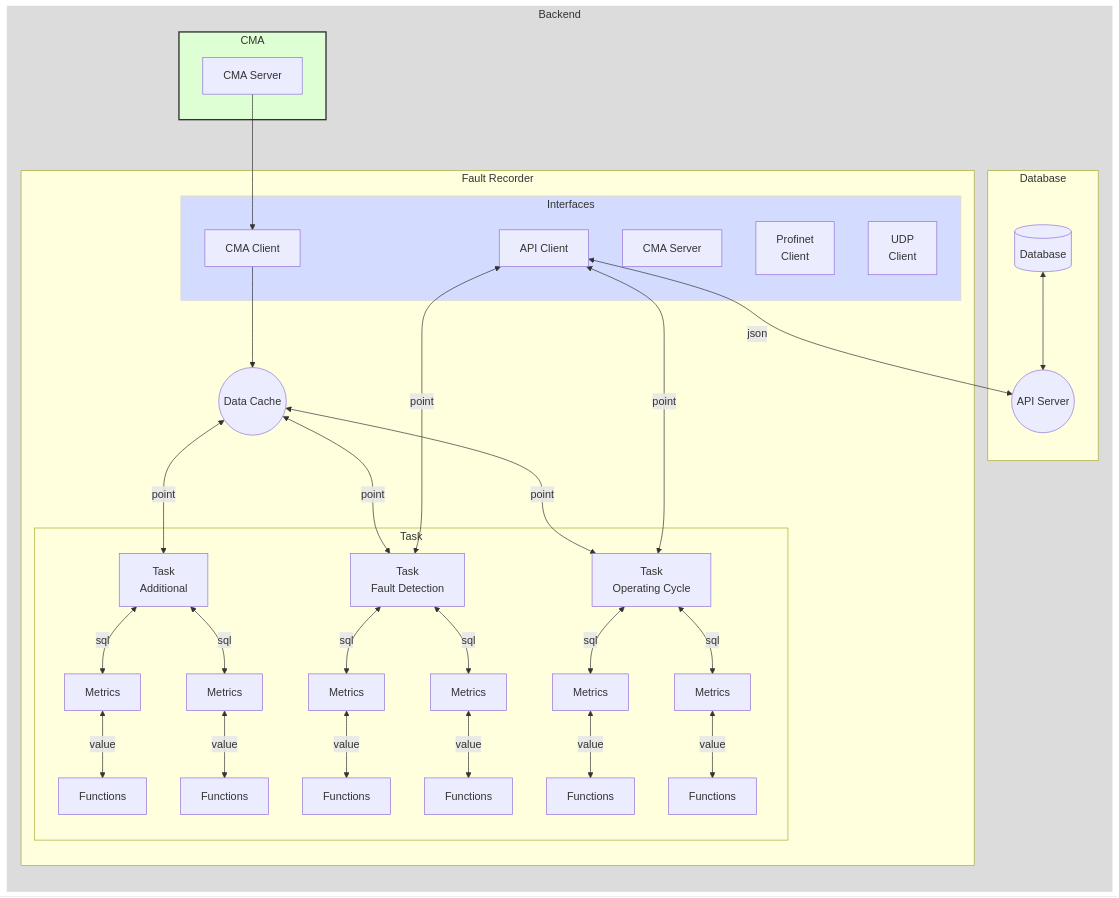
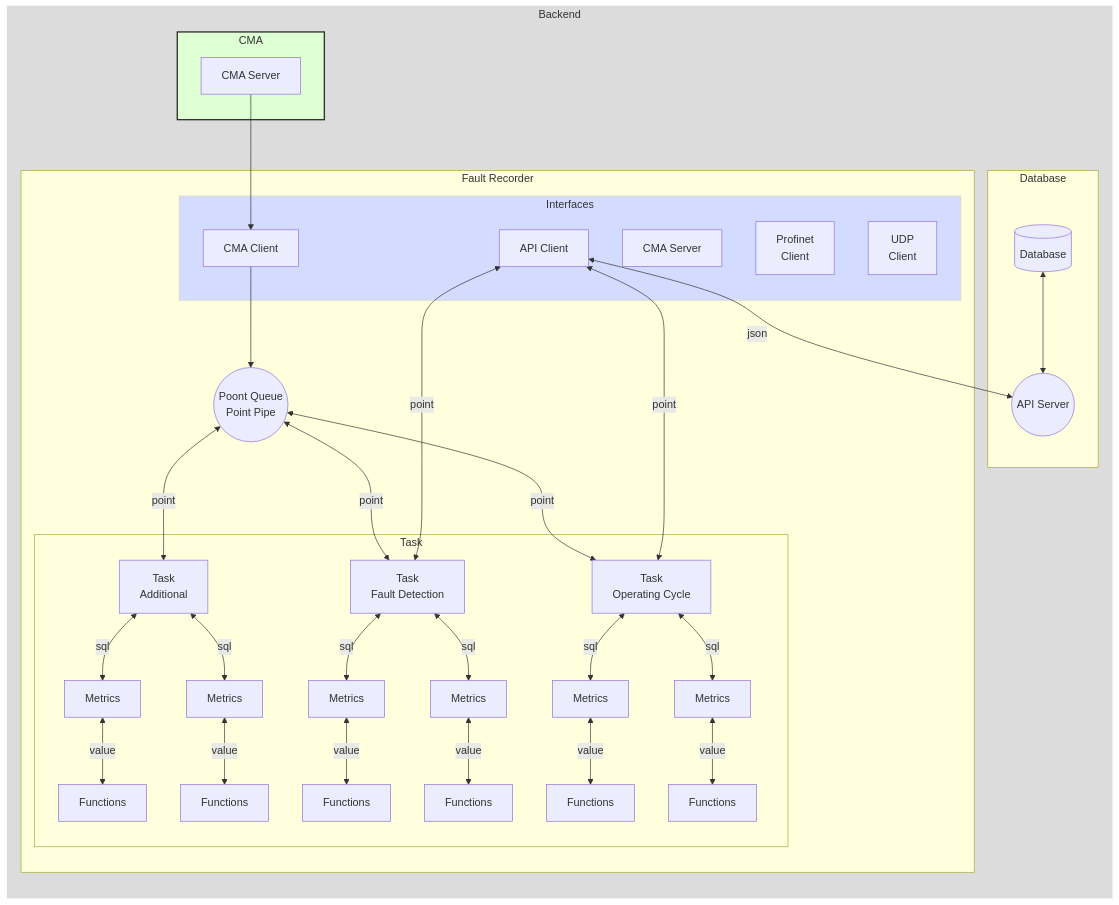
One commit to a-givertzman/fr-service changed the diagram in readme.md. Above: the diagram before and after it, drawn with Mermaid.

````diff
--- a/readme.md
+++ b/readme.md
@@ -25,74 +25,74 @@
 ```mermaid
 flowchart LR;
     subgraph Backend
         subgraph CMA
             cmaServer[CMA Server];
         end
 
         subgraph Database
             apiServer((API Server</p>));
             db[(Database)];
         end
 
         subgraph FaultRecorder[Fault Recorder]
             subgraph Interfaces
                 cmaServerRust[CMA Server];
                 cmaClient[CMA Client];
                 apiClient[API Client];
                 profinetClient[Profinet<br>Client];
                 udtClient[UDP<br>Client];
             end
 
-            dataCache((" Data Cache"));
+            dataCache(("Poont Queue<br>Point Pipe"));
             subgraph Task
                 task1[Task<br>Operating Cycle];
                 task2[Task<br>Fault Detection];
                 task3[Task<br>Additional];
                 faultDetectionMetrics1[Metrics];
                 faultDetectionMetrics2[Metrics];
                 operatingCycleMetrics1[Metrics];
                 operatingCycleMetrics2[Metrics];
                 additionalMetrics1[Metrics];
                 additionalMetrics2[Metrics];
                 faultDetectionFunctions1[Functions];
                 faultDetectionFunctions2[Functions];
                 operatingCycleFunctions1[Functions];
                 operatingCycleFunctions2[Functions];
                 additionalfunctions1[Functions];
                 additionalfunctions2[Functions];
             end
         end
 
         db <--> apiServer;
         apiClient<--->|point|task1;
         apiClient<--->|point|task2;
 
         cmaServer --> cmaClient;
         cmaClient --> dataCache;
         apiClient <--> |json|apiServer;
 
         dataCache <--> |point| task1;
         dataCache <--> |point| task2;
         dataCache <--> |point| task3;
         task1 <--> |sql| operatingCycleMetrics1;
         task1 <--> |sql| operatingCycleMetrics2;
         task2 <--> |sql| faultDetectionMetrics1
         task2 <--> |sql| faultDetectionMetrics2
         task3 <--> |sql| additionalMetrics1
         task3 <--> |sql| additionalMetrics2
         additionalMetrics1 <--> |value| additionalfunctions1
         additionalMetrics2 <--> |value| additionalfunctions2
         faultDetectionMetrics1 <--> |value| faultDetectionFunctions1
         faultDetectionMetrics2 <--> |value| faultDetectionFunctions2
         operatingCycleMetrics1 <--> |value| operatingCycleFunctions1
         operatingCycleMetrics2 <--> |value| operatingCycleFunctions2
     end
 classDef gray fill:#DCDCDC,stroke:#DCDCDC,stroke-width:2px;
 classDef lightBlue fill:#D3DCFF,stroke:#DCDCDC,stroke-width:2px;
 classDef green fill:#DEFFD3,stroke:#333,stroke-width:2px;
 classDef orange fill:#f96,stroke:#333,stroke-width:4px;
 class Backend gray
 class Interfaces lightBlue
 class CMA green
 %% class di orange    
 ```
````
